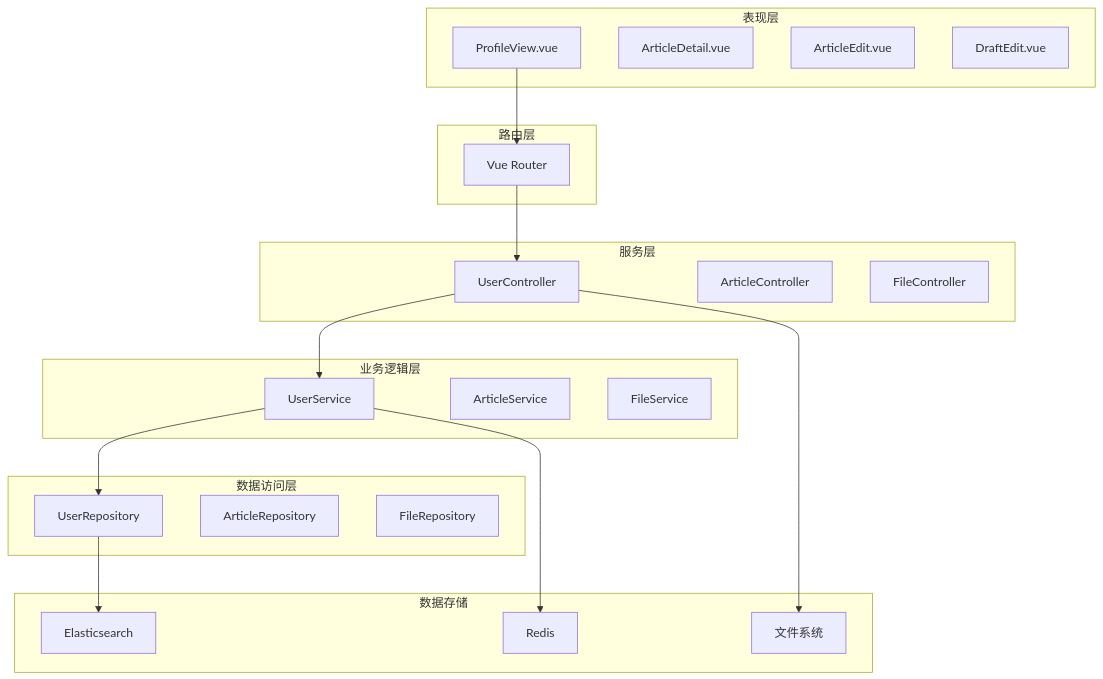
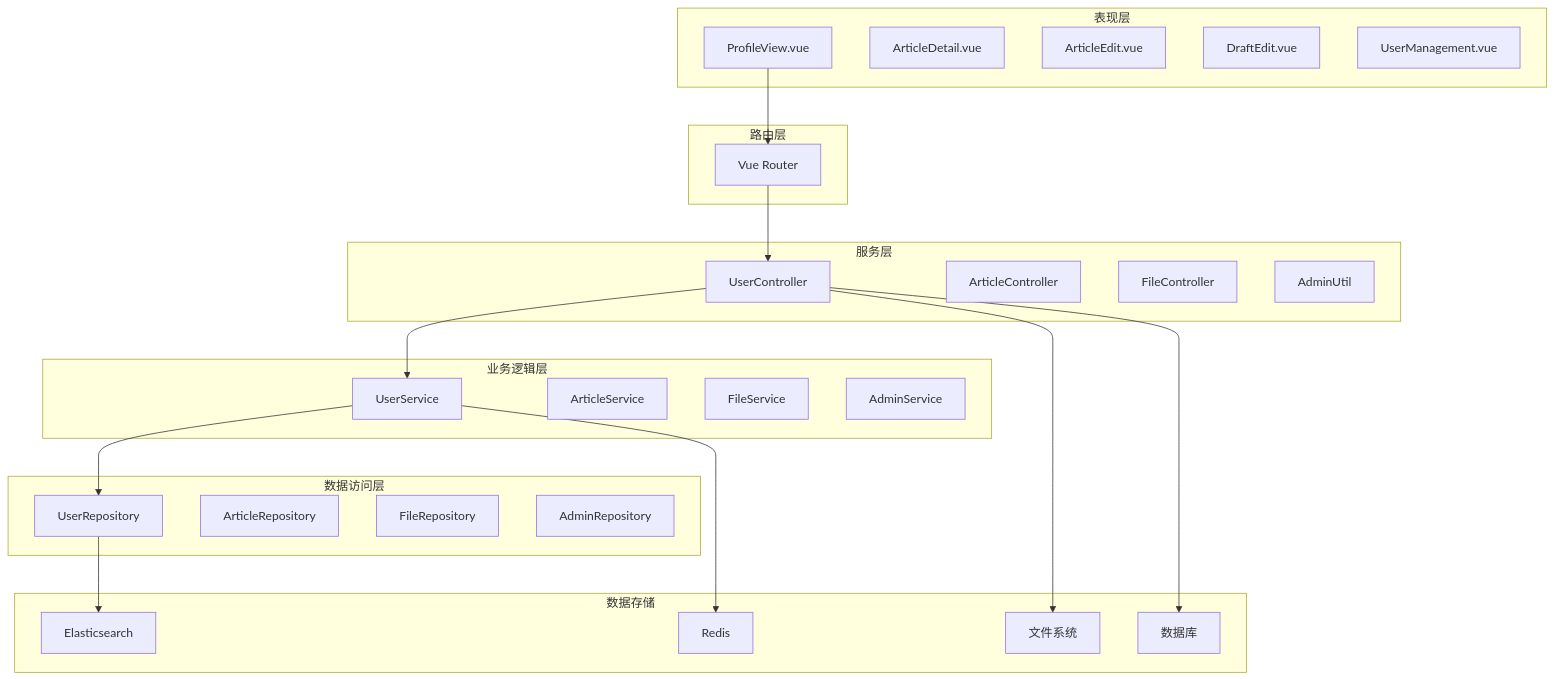
Before and after one commit to 20164206160/zhishilu: the second of 11 diagrams in .qoder/repowiki/zh/content/Profile View.md, drawn with Mermaid. The commit also changed other lines of this file and 11 other files, not shown here.

````diff
--- a/.qoder/repowiki/zh/content/Profile View.md
+++ b/.qoder/repowiki/zh/content/Profile View.md
@@ -105,39 +121,45 @@
 ```mermaid
 graph TD
 subgraph "表现层"
 A[ProfileView.vue]
 B[ArticleDetail.vue]
 C[ArticleEdit.vue]
 D[DraftEdit.vue]
+E[UserManagement.vue]
 end
 subgraph "路由层"
-E[Vue Router]
+F[Vue Router]
 end
 subgraph "服务层"
-F[UserController]
-G[ArticleController]
-H[FileController]
+G[UserController]
+H[ArticleController]
+I[FileController]
+J[AdminUtil]
 end
 subgraph "业务逻辑层"
-I[UserService]
-J[ArticleService]
-K[FileService]
+K[UserService]
+L[ArticleService]
+M[FileService]
+N[AdminService]
 end
 subgraph "数据访问层"
-L[UserRepository]
-M[ArticleRepository]
-N[FileRepository]
+O[UserRepository]
+P[ArticleRepository]
+Q[FileRepository]
+R[AdminRepository]
 end
 subgraph "数据存储"
-O[Elasticsearch]
-P[Redis]
-Q[文件系统]
+S[Elasticsearch]
+T[Redis]
+U[文件系统]
+V[数据库]
 end
-A --> E
-E --> F
-F --> I
-I --> L
-L --> O
-I --> P
-F --> Q
+A --> F
+F --> G
+G --> K
+K --> O
+O --> S
+K --> T
+G --> U
+G --> V
 ```
````
